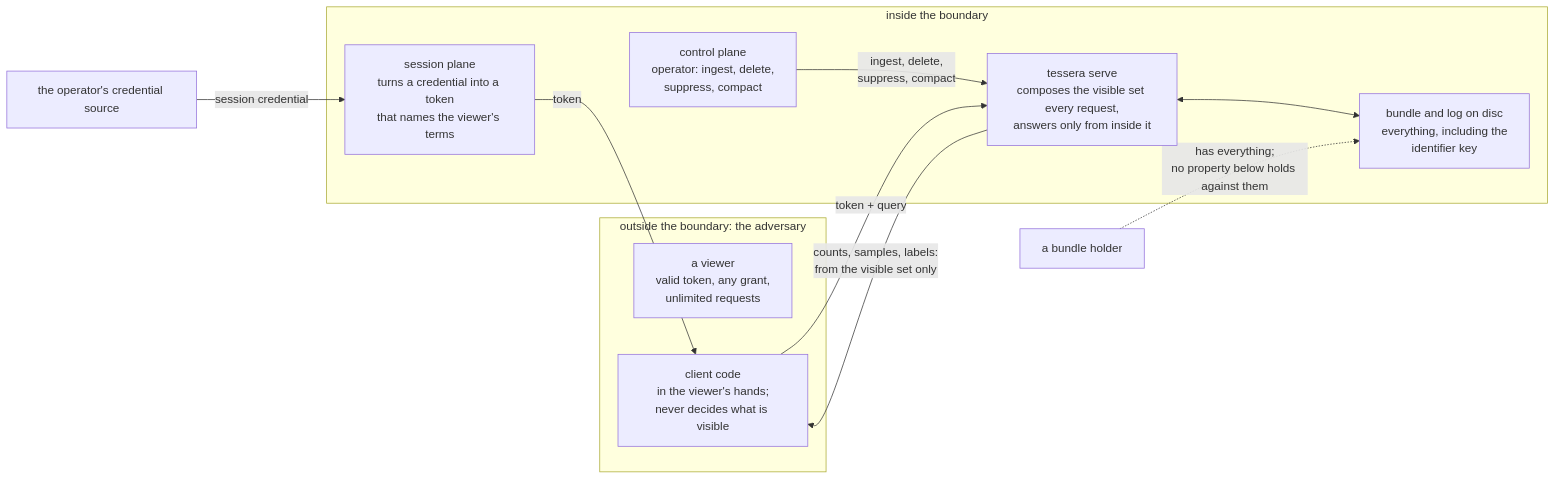
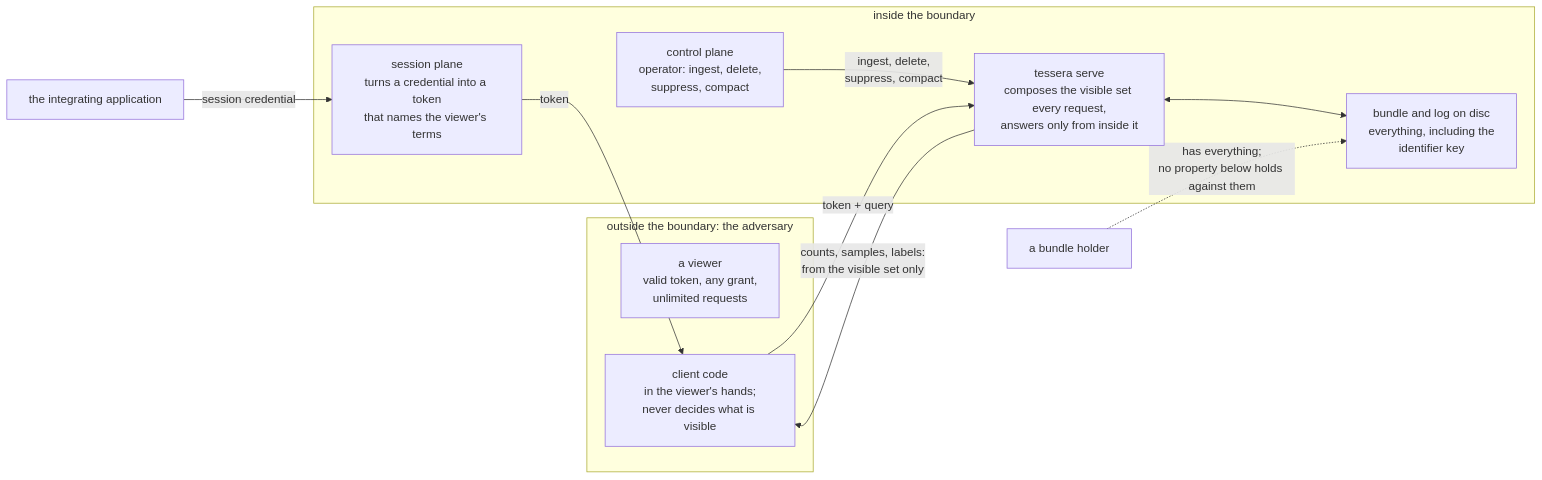
Before and after one commit to jennis0/tesseradb: the diagram in docs/system/security.md, drawn with Mermaid. The commit also changed other lines of this file, not shown here.

Commit message:
docs(system): security: cache-key mechanism trimmed to the property; diagram issuer named plainly

````diff
--- a/docs/system/security.md
+++ b/docs/system/security.md
@@ -43,23 +40,23 @@
 ```mermaid
 flowchart LR
   subgraph untrusted["outside the boundary: the adversary"]
     viewer["a viewer<br/>valid token, any grant,<br/>unlimited requests"]
     client["client code<br/>in the viewer's hands;<br/>never decides what is visible"]
   end
 
   subgraph trusted["inside the boundary"]
     session["session plane<br/>turns a credential into a token<br/>that names the viewer's terms"]
     serve["tessera serve<br/>composes the visible set every request,<br/>answers only from inside it"]
     control["control plane<br/>operator: ingest, delete,<br/>suppress, compact"]
     bundle["bundle and log on disc<br/>everything, including the<br/>identifier key"]
   end
 
-  issuer["the operator's credential source"] -- "session credential" --> session
+  issuer["the integrating application"] -- "session credential" --> session
   session -- "token" --> client
   client -- "token + query" --> serve
   serve -- "counts, samples, labels:<br/>from the visible set only" --> client
   control -- "ingest, delete,<br/>suppress, compact" --> serve
   serve <--> bundle
 
   holder["a bundle holder"] -. "has everything;<br/>no property below holds against them" .-> bundle
 ```
````
